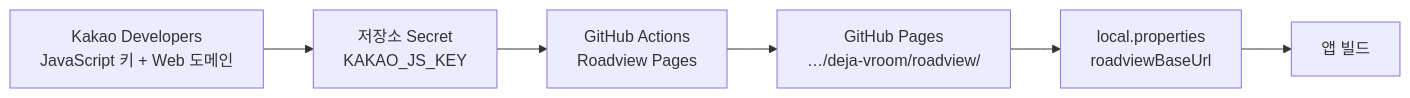
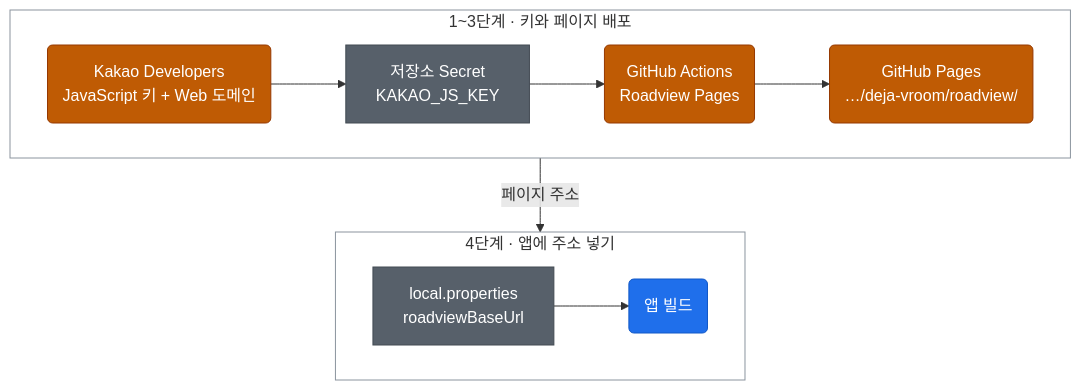
One commit to JoisFe/deja-vroom changed the diagram in docs/roadview-setup.md. Above: the diagram before and after it, drawn with Mermaid. The commit also changed other lines of this file and 17 other files, not shown here.

First line of the commit message:
문서 다이어그램을 색·모양 규칙에 맞춰 다시 그리고 코드와 다른 설명 정리

````diff
--- a/docs/roadview-setup.md
+++ b/docs/roadview-setup.md
@@ -36,8 +38,24 @@
 ```mermaid
-flowchart LR
-    K["Kakao Developers<br/>JavaScript 키 + Web 도메인"] --> S["저장소 Secret<br/>KAKAO_JS_KEY"]
-    S --> A["GitHub Actions<br/>Roadview Pages"]
-    A --> P["GitHub Pages<br/>…/deja-vroom/roadview/"]
-    P --> L["local.properties<br/>roadviewBaseUrl"]
-    L --> APP["앱 빌드"]
+flowchart TB
+    subgraph deploy["1~3단계 · 키와 페이지 배포"]
+        direction LR
+        K("Kakao Developers<br/>JavaScript 키 + Web 도메인"):::ext
+        S["저장소 Secret<br/>KAKAO_JS_KEY"]:::config
+        A("GitHub Actions<br/>Roadview Pages"):::ext
+        P("GitHub Pages<br/>…/deja-vroom/roadview/"):::ext
+        K --> S --> A --> P
+    end
+    subgraph mac["4단계 · 앱에 주소 넣기"]
+        direction LR
+        L["local.properties<br/>roadviewBaseUrl"]:::config
+        APP("앱 빌드"):::app
+        L --> APP
+    end
+    deploy -->|"페이지 주소"| mac
+
+    classDef app fill:#1f6feb,stroke:#1158c7,color:#ffffff
+    classDef ext fill:#bf5b04,stroke:#953800,color:#ffffff
+    classDef config fill:#57606a,stroke:#424a53,color:#ffffff
+    style deploy fill:none,stroke:#8b949e
+    style mac fill:none,stroke:#8b949e
 ```
````
